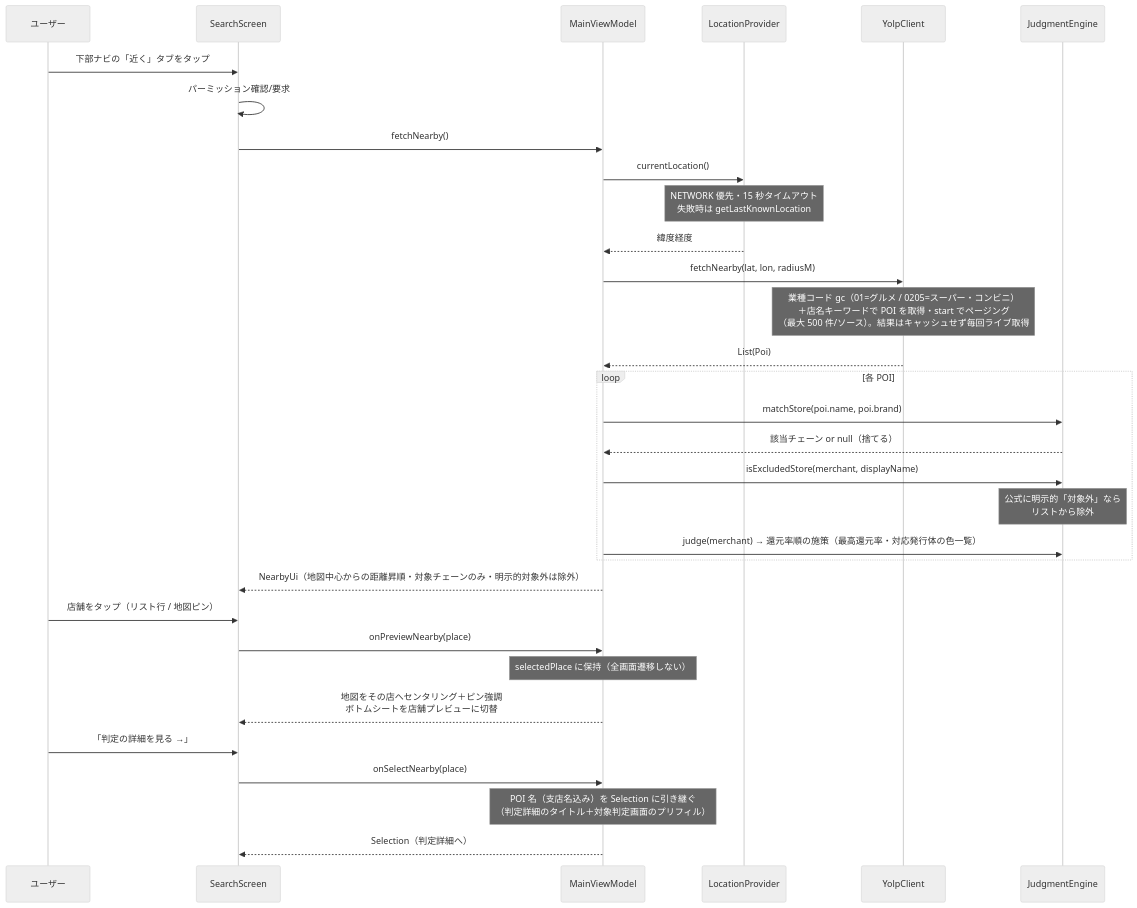
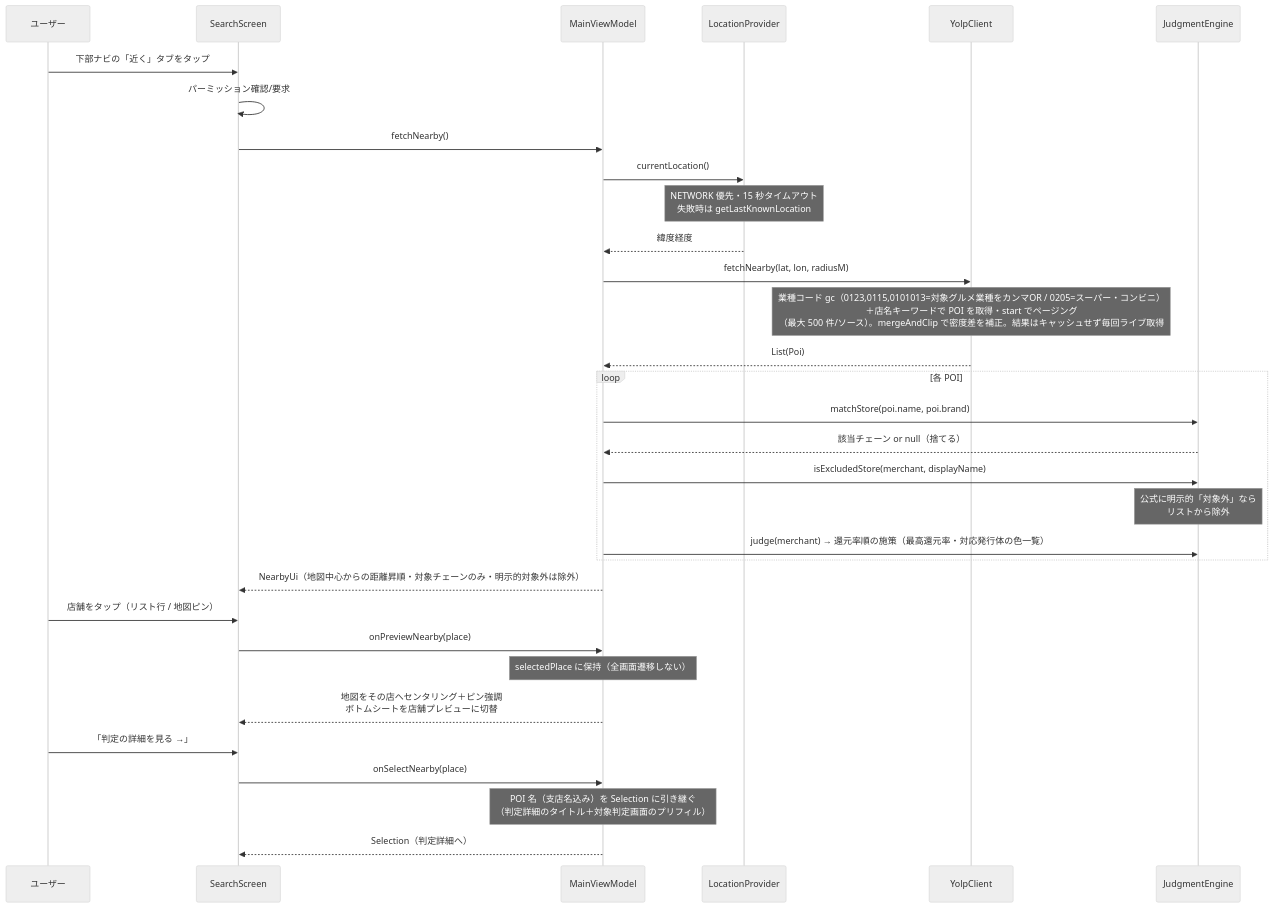
One commit to ktakjm/poikatsu changed the sixth of 6 diagrams in docs/code-guide.md. Above: the diagram before and after it, drawn with Mermaid (neutral theme). The commit also changed other lines of this file and 4 other files, not shown here.

````diff
--- a/docs/code-guide.md
+++ b/docs/code-guide.md
@@ -334,35 +334,35 @@
 ```mermaid
 sequenceDiagram
     participant U as ユーザー
     participant SC as SearchScreen
     participant VM as MainViewModel
     participant LP as LocationProvider
     participant YC as YolpClient
     participant JE as JudgmentEngine
 
     U->>SC: 下部ナビの「近く」タブをタップ
     SC->>SC: パーミッション確認/要求
     SC->>VM: fetchNearby()
     VM->>LP: currentLocation()
     Note over LP: NETWORK 優先・15 秒タイムアウト<br/>失敗時は getLastKnownLocation
     LP-->>VM: 緯度経度
     VM->>YC: fetchNearby(lat, lon, radiusM)
-    Note over YC: 業種コード gc（01=グルメ / 0205=スーパー・コンビニ）<br/>＋店名キーワードで POI を取得・start でページング<br/>（最大 500 件/ソース）。結果はキャッシュせず毎回ライブ取得
+    Note over YC: 業種コード gc（0123,0115,0101013=対象グルメ業種をカンマOR / 0205=スーパー・コンビニ）<br/>＋店名キーワードで POI を取得・start でページング<br/>（最大 500 件/ソース）。mergeAndClip で密度差を補正。結果はキャッシュせず毎回ライブ取得
     YC-->>VM: List(Poi)
     loop 各 POI
         VM->>JE: matchStore(poi.name, poi.brand)
         JE-->>VM: 該当チェーン or null（捨てる）
         VM->>JE: isExcludedStore(merchant, displayName)
         Note over JE: 公式に明示的「対象外」なら<br/>リストから除外
         VM->>JE: judge(merchant) → 還元率順の施策（最高還元率・対応発行体の色一覧）
     end
     VM-->>SC: NearbyUi（地図中心からの距離昇順・対象チェーンのみ・明示的対象外は除外）
     U->>SC: 店舗をタップ（リスト行 / 地図ピン）
     SC->>VM: onPreviewNearby(place)
     Note over VM: selectedPlace に保持（全画面遷移しない）
     VM-->>SC: 地図をその店へセンタリング＋ピン強調<br/>ボトムシートを店舗プレビューに切替
     U->>SC: 「判定の詳細を見る →」
     SC->>VM: onSelectNearby(place)
     Note over VM: POI 名（支店名込み）を Selection に引き継ぐ<br/>（判定詳細のタイトル＋対象判定画面のプリフィル）
     VM-->>SC: Selection（判定詳細へ）
 ```
````
